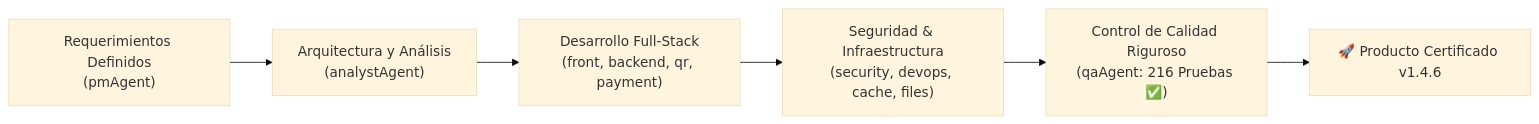
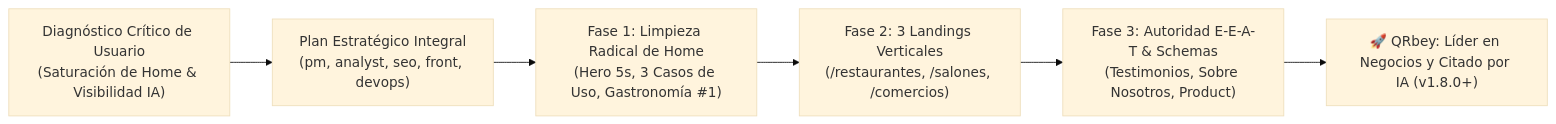
Before and after one commit to paolapaz202504/QRgenerator: the diagram in PROJECT_STATUS_QRGENERATOR.md, drawn with Mermaid (base theme). The commit also changed other lines of this file and 15 other files, not shown here.

Commit message:
feat(home): limpieza radical de portada, propuesta de valor de 5s para negocios y release v1.8.0

````diff
--- a/PROJECT_STATUS_QRGENERATOR.md
+++ b/PROJECT_STATUS_QRGENERATOR.md
@@ -12,8 +12,8 @@
 ```mermaid
 flowchart LR
-    A["Requerimientos Definidos\n(pmAgent)"] --> B["Arquitectura y Análisis\n(analystAgent)"]
-    B --> C["Desarrollo Full-Stack\n(front, backend, qr, payment)"]
-    C --> D["Seguridad & Infraestructura\n(security, devops, cache, files)"]
-    D --> E["Control de Calidad Riguroso\n(qaAgent: 216 Pruebas ✅)"]
-    E --> F["🚀 Producto Certificado v1.4.6"]
+    A["Diagnóstico Crítico de Usuario\n(Saturación de Home & Visibilidad IA)"] --> B["Plan Estratégico Integral\n(pm, analyst, seo, front, devops)"]
+    B --> C["Fase 1: Limpieza Radical de Home\n(Hero 5s, 3 Casos de Uso, Gastronomía #1)"]
+    C --> D["Fase 2: 3 Landings Verticales\n(/restaurantes, /salones, /comercios)"]
+    D --> E["Fase 3: Autoridad E-E-A-T & Schemas\n(Testimonios, Sobre Nosotros, Product)"]
+    E --> F["🚀 QRbey: Líder en Negocios y Citado por IA (v1.8.0+)"]
 ```
````
